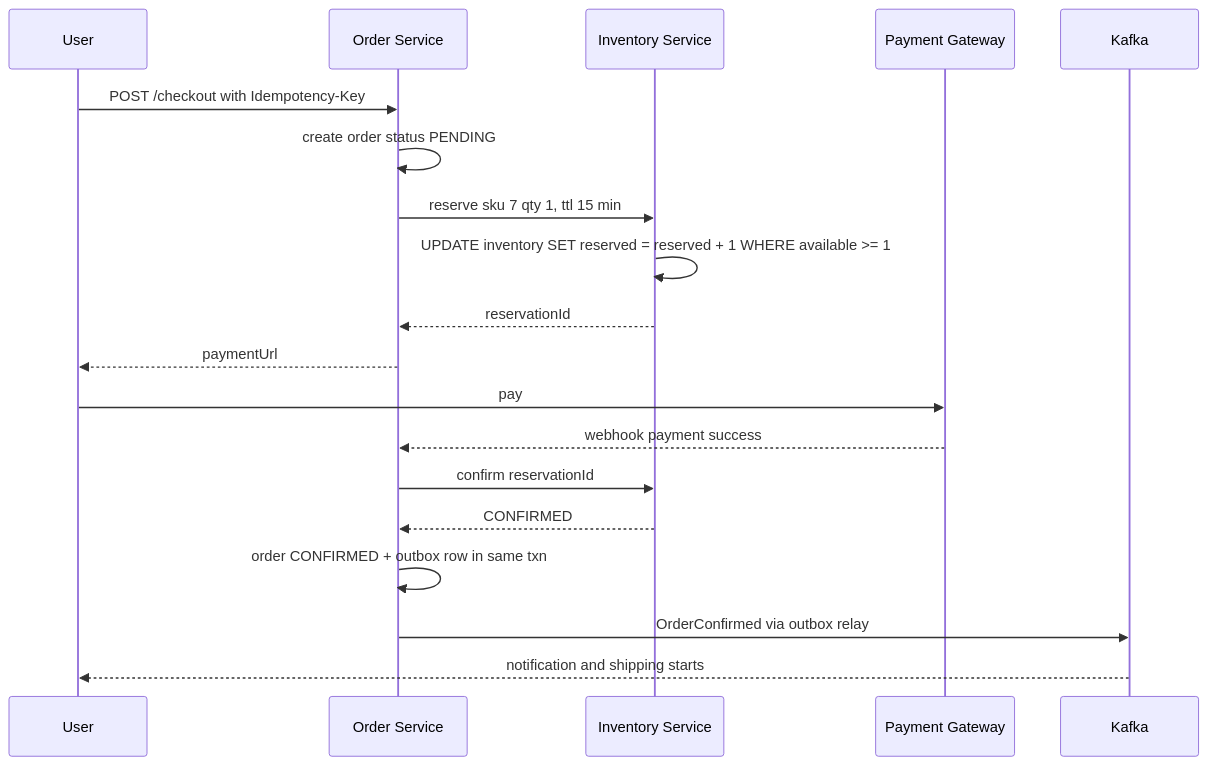
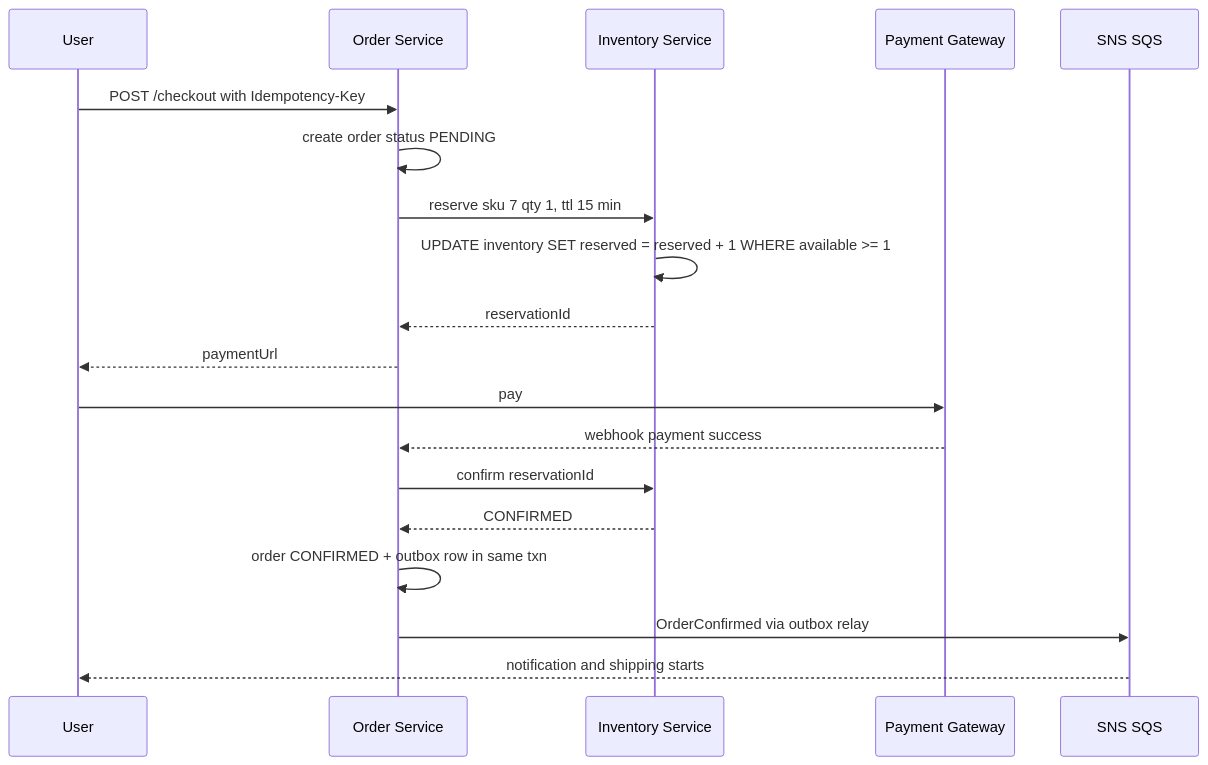
Before and after one commit to flow6979/system-design-prep: the second of 3 diagrams in content-en/02-questions/t2-24-ecommerce-inventory.md, drawn with Mermaid. The commit also changed other lines of this file and 61 other files, not shown here.

````diff
--- a/content-en/02-questions/t2-24-ecommerce-inventory.md
+++ b/content-en/02-questions/t2-24-ecommerce-inventory.md
@@ -114,21 +125,21 @@
 ```mermaid
 sequenceDiagram
   participant U as User
   participant O as Order Service
   participant I as Inventory Service
   participant P as Payment Gateway
-  participant K as Kafka
+  participant Q as SNS SQS
   U->>O: POST /checkout with Idempotency-Key
   O->>O: create order status PENDING
   O->>I: reserve sku 7 qty 1, ttl 15 min
   I->>I: UPDATE inventory SET reserved = reserved + 1 WHERE available >= 1
   I-->>O: reservationId
   O-->>U: paymentUrl
   U->>P: pay
   P-->>O: webhook payment success
   O->>I: confirm reservationId
   I-->>O: CONFIRMED
   O->>O: order CONFIRMED + outbox row in same txn
-  O->>K: OrderConfirmed via outbox relay
-  K-->>U: notification and shipping starts
+  O->>Q: OrderConfirmed via outbox relay
+  Q-->>U: notification and shipping starts
 ```
````
